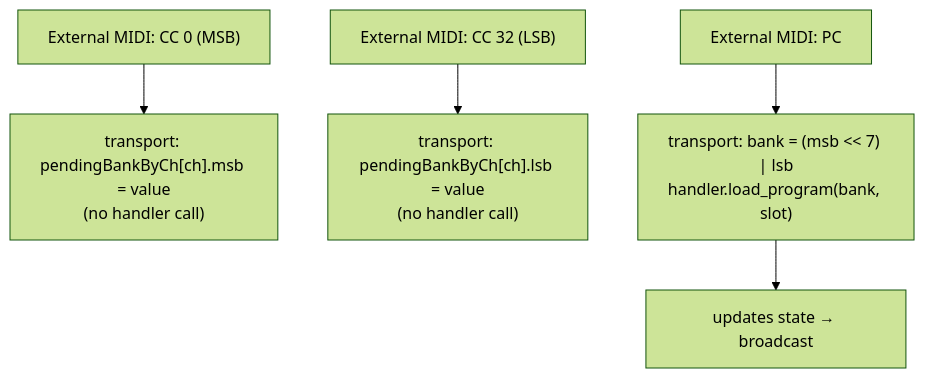
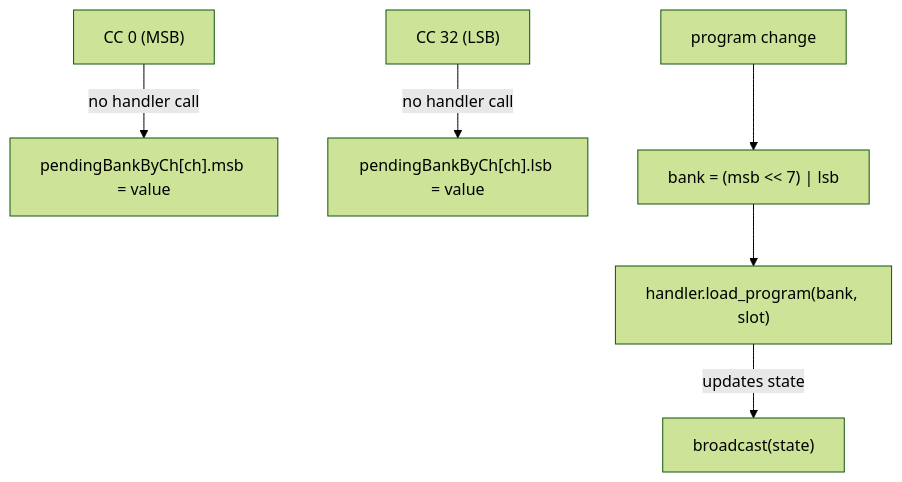
One commit to uribrecher/keyboards-mcp changed the fifth of 9 diagrams in packages/sounds-and-recreation-app/src/transport.md. Above: the diagram before and after it, drawn with Mermaid (forest theme). The commit also changed other lines of this file, not shown here.

First line of the commit message:
docs: make transport.md mermaid diagrams structural and concise

````diff
--- a/packages/sounds-and-recreation-app/src/transport.md
+++ b/packages/sounds-and-recreation-app/src/transport.md
@@ -143,7 +147,8 @@
 ```mermaid
 flowchart TB
-    msb["External MIDI: CC 0 (MSB)"] --> smsb["transport: pendingBankByCh[ch].msb = value<br/>(no handler call)"]
-    lsb["External MIDI: CC 32 (LSB)"] --> slsb["transport: pendingBankByCh[ch].lsb = value<br/>(no handler call)"]
-    pc["External MIDI: PC"] --> calc["transport: bank = (msb &lt;&lt; 7) | lsb<br/>handler.load_program(bank, slot)"]
-    calc --> st["updates state → broadcast"]
+    msb["CC 0 (MSB)"] -- "no handler call" --> a1["pendingBankByCh[ch].msb = value"]
+    lsb["CC 32 (LSB)"] -- "no handler call" --> a2["pendingBankByCh[ch].lsb = value"]
+    pc["program change"] --> calc["bank = (msb &lt;&lt; 7) | lsb"]
+    calc --> lp["handler.load_program(bank, slot)"]
+    lp -- "updates state" --> bc["broadcast(state)"]
 ```
````
